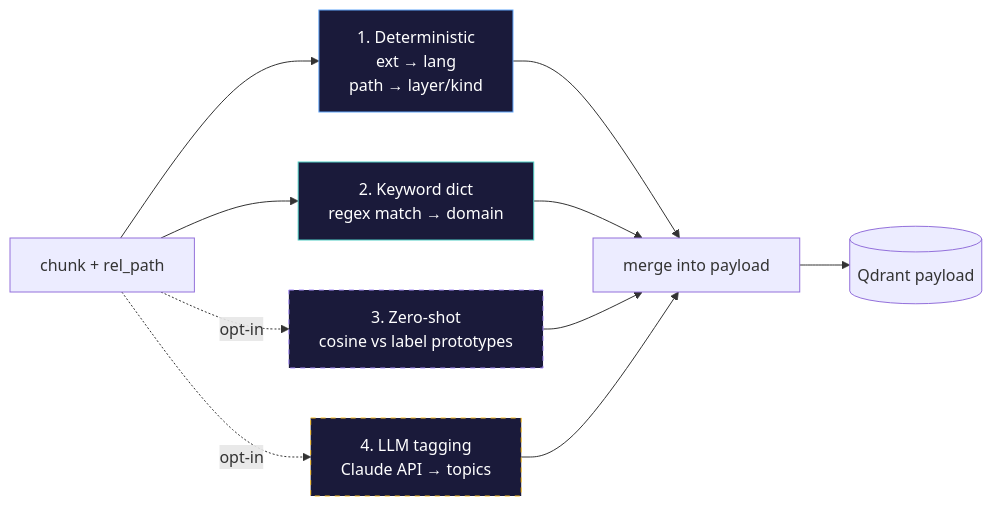
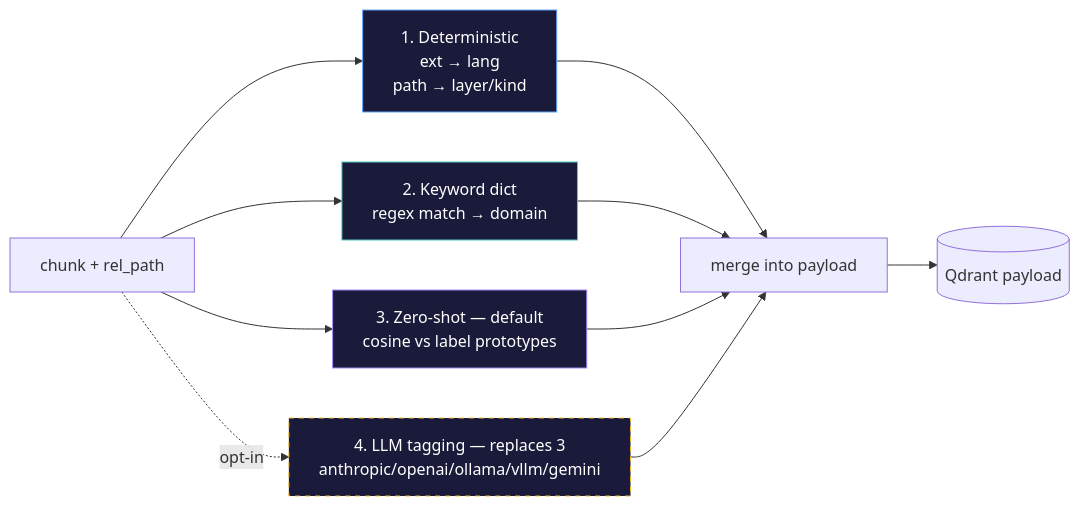
One commit to alexandruleca/imprint-memory-layer changed the fifth of 10 diagrams in README.md. Above: the diagram before and after it, drawn with Mermaid. The commit also changed other lines of this file and 13 other files, not shown here.

````diff
--- a/README.md
+++ b/README.md
@@ -218,18 +224,18 @@
 ```mermaid
 graph LR
     CHUNK[chunk + rel_path] --> DET[1. Deterministic<br/>ext → lang<br/>path → layer/kind]
     CHUNK --> KW[2. Keyword dict<br/>regex match → domain]
-    CHUNK -.opt-in.-> ZS[3. Zero-shot<br/>cosine vs label prototypes]
-    CHUNK -.opt-in.-> LLM[4. LLM tagging<br/>Claude API → topics]
+    CHUNK --> ZS[3. Zero-shot — default<br/>cosine vs label prototypes]
+    CHUNK -.opt-in.-> LLM[4. LLM tagging — replaces 3<br/>anthropic/openai/ollama/vllm/gemini]
 
     DET --> MERGE[merge into payload]
     KW --> MERGE
     ZS --> MERGE
     LLM --> MERGE
     MERGE --> QDR[(Qdrant payload)]
 
     style DET fill:#1a1a3a,stroke:#60a5fa,color:#fff
     style KW fill:#1a1a3a,stroke:#4ecdc4,color:#fff
-    style ZS fill:#1a1a3a,stroke:#a78bfa,color:#fff,stroke-dasharray: 5 5
+    style ZS fill:#1a1a3a,stroke:#a78bfa,color:#fff
     style LLM fill:#1a1a3a,stroke:#fbbf24,color:#fff,stroke-dasharray: 5 5
 ```
````
